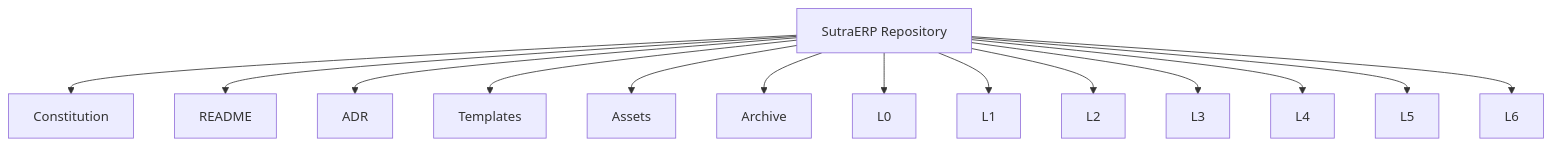
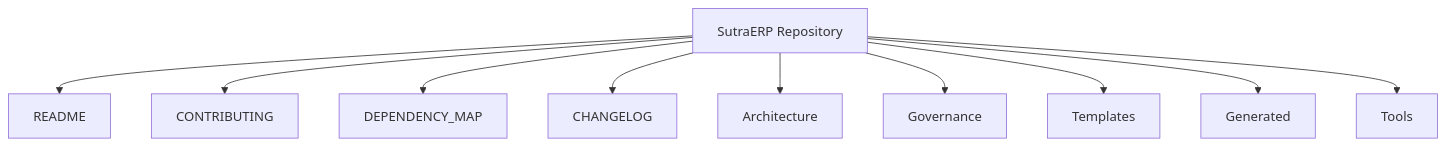
The first of 3 diagrams in governance/constitution/Repository_Index.md (Varad1604/ERP_hark), drawn with Mermaid before and after one commit. The commit also changed other lines of this file and 26 other files, not shown here.

````diff
--- a/governance/constitution/Repository_Index.md
+++ b/governance/constitution/Repository_Index.md
@@ -18,20 +18,15 @@
 ```mermaid
 flowchart TD
 
 Repository["SutraERP Repository"]
 
-Repository --> Constitution
 Repository --> README
-Repository --> ADR
+Repository --> CONTRIBUTING
+Repository --> DEPENDENCY_MAP
+Repository --> CHANGELOG
+Repository --> Architecture
+Repository --> Governance
 Repository --> Templates
-Repository --> Assets
-Repository --> Archive
-
-Repository --> L0
-Repository --> L1
-Repository --> L2
-Repository --> L3
-Repository --> L4
-Repository --> L5
-Repository --> L6
+Repository --> Generated
+Repository --> Tools
 ```
````
